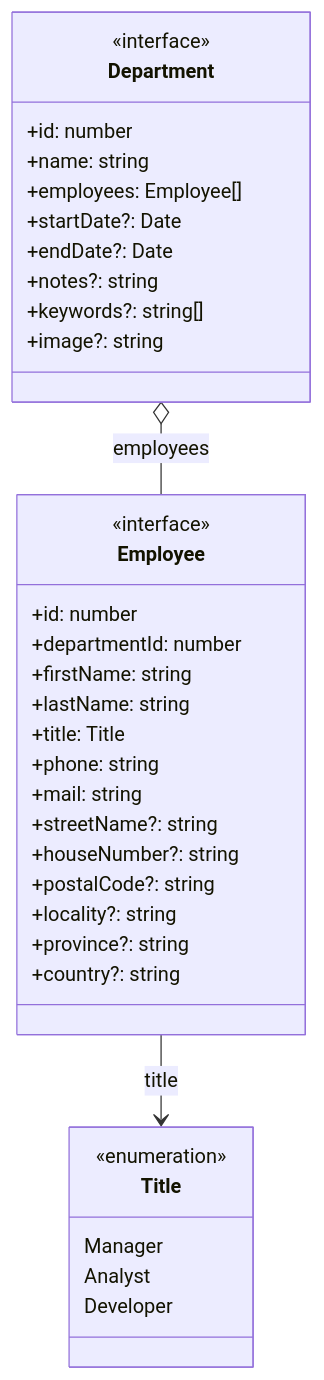
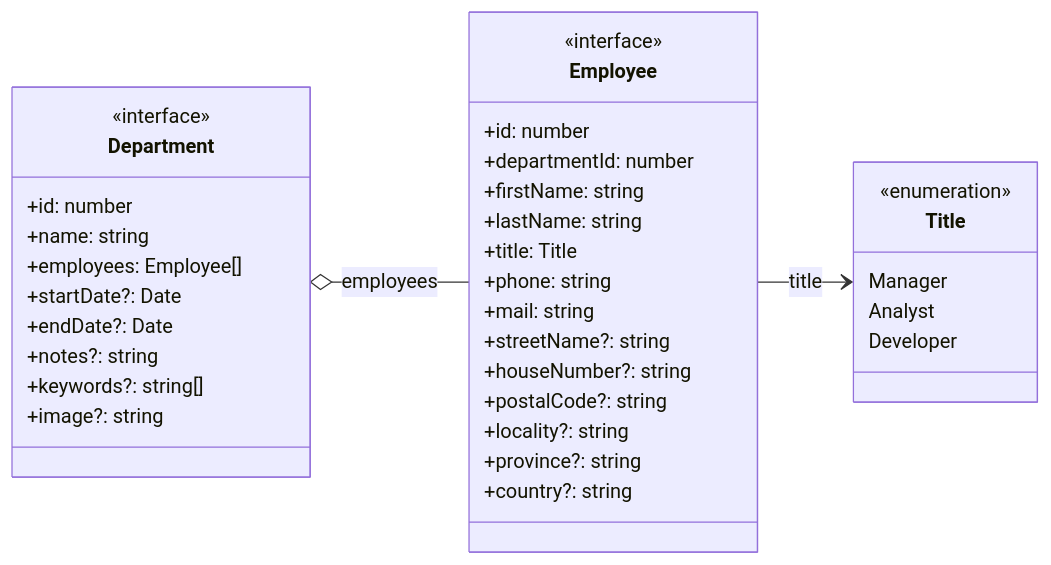
Before and after one commit to k1729p/Study27: the diagram in docs/mermaid/classDiagram.md, drawn with Mermaid. The commit also changed 1 other file, not shown here.

````diff
--- a/docs/mermaid/classDiagram.md
+++ b/docs/mermaid/classDiagram.md
@@ -3,39 +3,39 @@
 ```mermaid
 classDiagram
-direction TD
+direction LR
 class Department {
   <<interface>>
   +id: number
   +name: string
   +employees: Employee[]
   +startDate?: Date
   +endDate?: Date
   +notes?: string
   +keywords?: string[]
   +image?: string
 }
 class Employee {
   <<interface>>
   +id: number
   +departmentId: number
   +firstName: string
   +lastName: string
   +title: Title
   +phone: string
   +mail: string
   +streetName?: string
   +houseNumber?: string
   +postalCode?: string
   +locality?: string
   +province?: string
   +country?: string
 }
 class Title {
   <<enumeration>>
   Manager
   Analyst
   Developer
 }
 Department o-- Employee  : employees
 Employee --> Title : title
 ```
````
